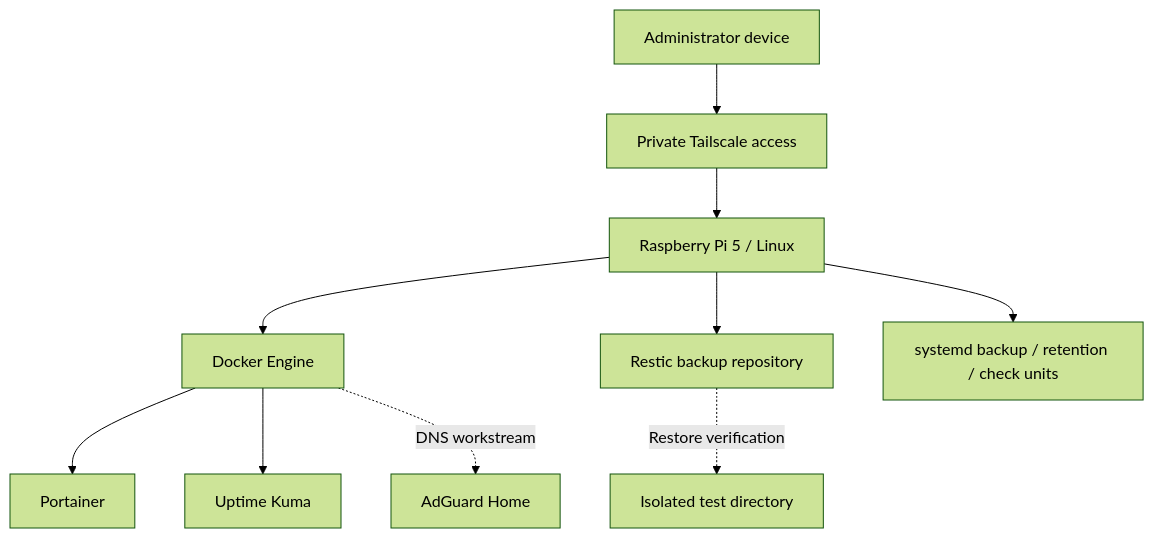
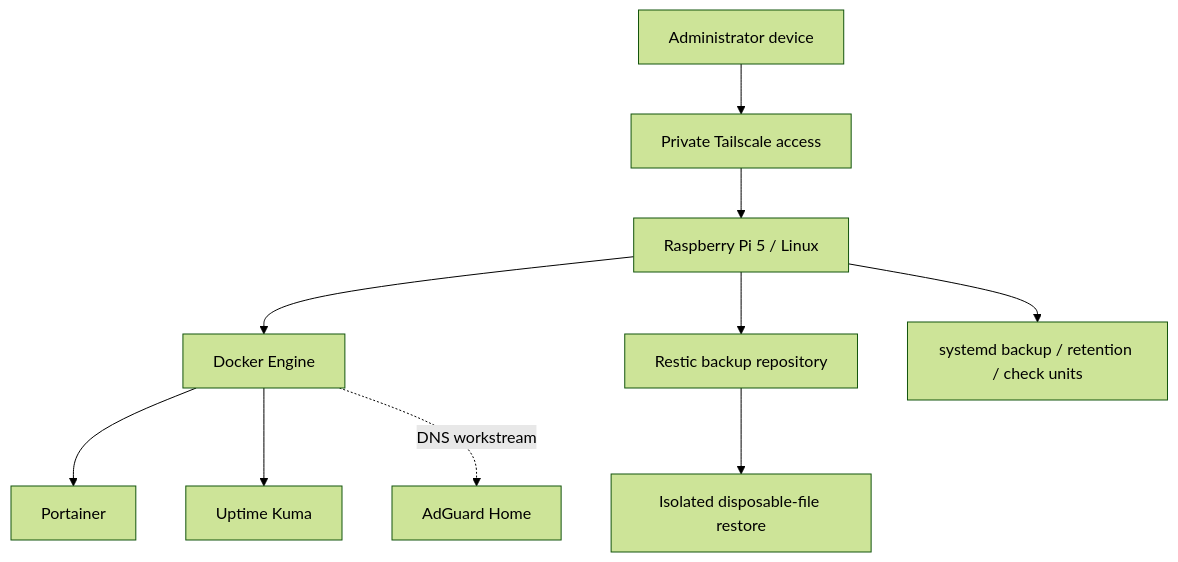
Before and after one commit to localhostjohn/astra-infrastructure-lab: the diagram in docs/raspberry-pi-operations.md, drawn with Mermaid (forest theme). The commit also changed other lines of this file, not shown here.

````diff
--- a/docs/raspberry-pi-operations.md
+++ b/docs/raspberry-pi-operations.md
@@ -13,12 +13,12 @@
 ```mermaid
 flowchart TB
     A[Administrator device] --> B[Private Tailscale access]
     B --> P[Raspberry Pi 5 / Linux]
     P --> D[Docker Engine]
     D --> C[Portainer]
     D --> U[Uptime Kuma]
     D -. DNS workstream .-> G[AdGuard Home]
     P --> R[Restic backup repository]
     P --> S[systemd backup / retention / check units]
-    R -. Restore verification .-> T[Isolated test directory]
+    R --> T[Isolated disposable-file restore]
 ```
````
